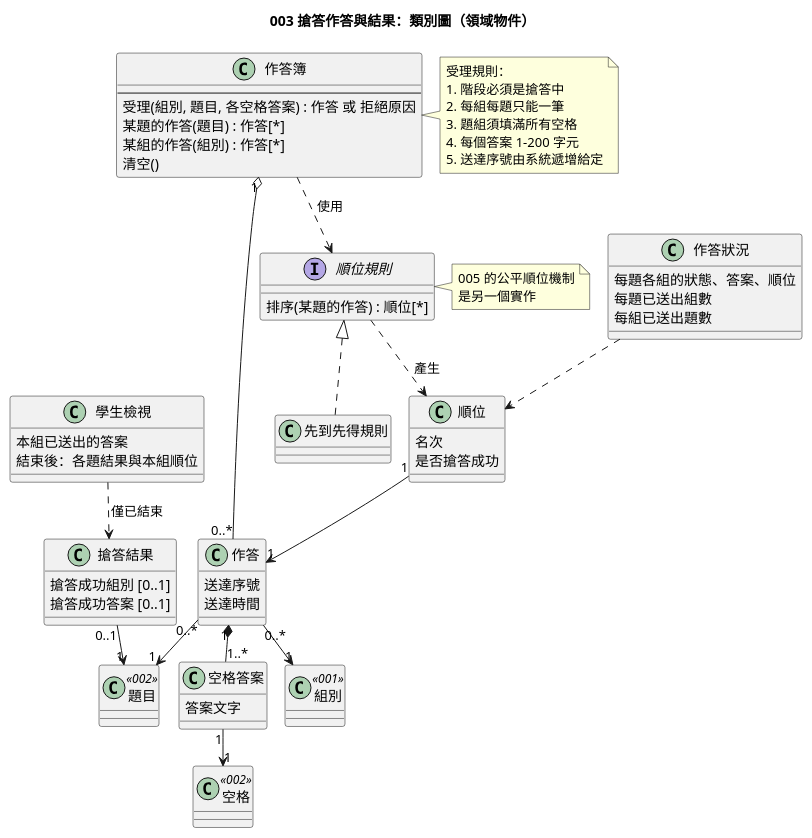
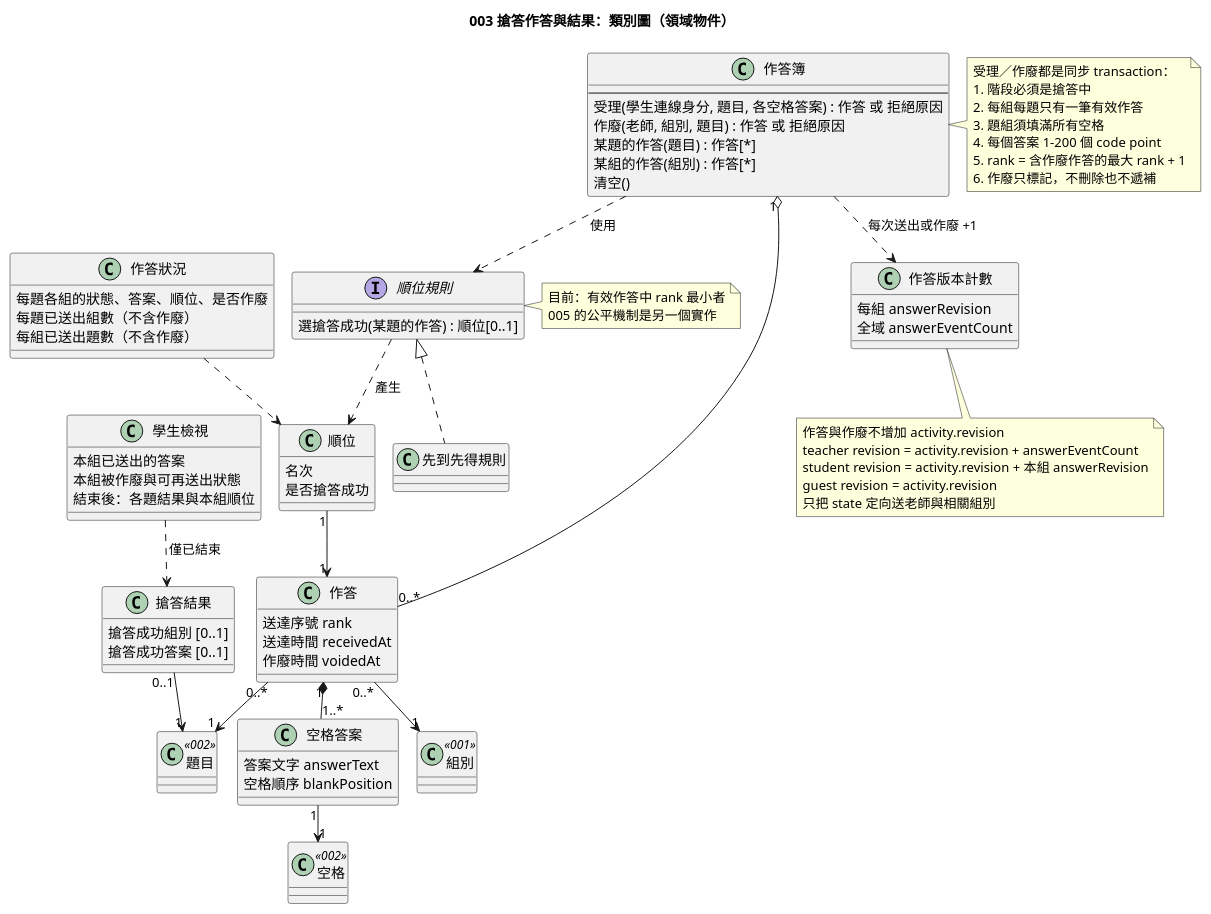
The diagram in diagrams/003-buzz-in-class.puml (Danielweng0902/Answering-System_speckit), drawn with PlantUML before and after one commit. The commit also changed 15 other files, not shown here.

Commit message:
003 buzz-in：spec 與設計文件（作廢釐清更新、plan、tasks、contracts、data-model、quickstart、圖表與 playbook 更新）

```diff
--- a/diagrams/003-buzz-in-class.puml
+++ b/diagrams/003-buzz-in-class.puml
@@ -1,79 +1,98 @@
 @startuml
 !pragma layout smetana
 title 003 搶答作答與結果：類別圖（領域物件）
 
 class 作答 {
-  送達序號
-  送達時間
+  送達序號 rank
+  送達時間 receivedAt
+  作廢時間 voidedAt
 }
 
 class 空格答案 {
-  答案文字
+  答案文字 answerText
+  空格順序 blankPosition
 }
 
 class 作答簿 {
   --
-  受理(組別, 題目, 各空格答案) : 作答 或 拒絕原因
+  受理(學生連線身分, 題目, 各空格答案) : 作答 或 拒絕原因
+  作廢(老師, 組別, 題目) : 作答 或 拒絕原因
   某題的作答(題目) : 作答[*]
   某組的作答(組別) : 作答[*]
   清空()
 }
 
 interface 順位規則 {
-  排序(某題的作答) : 順位[*]
+  選搶答成功(某題的作答) : 順位[0..1]
 }
 
 class 先到先得規則
 
 class 順位 {
   名次
   是否搶答成功
 }
 
 class 作答狀況 {
-  每題各組的狀態、答案、順位
-  每題已送出組數
-  每組已送出題數
+  每題各組的狀態、答案、順位、是否作廢
+  每題已送出組數（不含作廢）
+  每組已送出題數（不含作廢）
 }
 
 class 搶答結果 {
   搶答成功組別 [0..1]
   搶答成功答案 [0..1]
 }
 
 class 學生檢視 {
   本組已送出的答案
+  本組被作廢與可再送出狀態
   結束後：各題結果與本組順位
+}
+
+class 作答版本計數 {
+  每組 answerRevision
+  全域 answerEventCount
 }
 
 class 組別 <<001>>
 class 題目 <<002>>
 class 空格 <<002>>
 
 作答簿 "1" o-- "0..*" 作答
 作答 "1" *-- "1..*" 空格答案
 作答 "0..*" --> "1" 組別
 作答 "0..*" --> "1" 題目
 空格答案 "1" --> "1" 空格
 順位規則 <|.. 先到先得規則
 作答簿 ..> 順位規則 : 使用
 順位規則 ..> 順位 : 產生
 順位 "1" --> "1" 作答
 作答狀況 ..> 順位
 搶答結果 "0..1" --> "1" 題目
 學生檢視 ..> 搶答結果 : 僅已結束
+作答簿 ..> 作答版本計數 : 每次送出或作廢 +1
 
 note right of 作答簿
-  受理規則：
+  受理／作廢都是同步 transaction：
   1. 階段必須是搶答中
-  2. 每組每題只能一筆
+  2. 每組每題只有一筆有效作答
   3. 題組須填滿所有空格
-  4. 每個答案 1–200 字元
-  5. 送達序號由系統遞增給定
+  4. 每個答案 1–200 個 code point
+  5. rank = 含作廢作答的最大 rank + 1
+  6. 作廢只標記，不刪除也不遞補
 end note
 
 note right of 順位規則
-  005 的公平順位機制
-  是另一個實作
+  目前：有效作答中 rank 最小者
+  005 的公平機制是另一個實作
+end note
+
+note bottom of 作答版本計數
+  作答與作廢不增加 activity.revision
+  teacher revision = activity.revision + answerEventCount
+  student revision = activity.revision + 本組 answerRevision
+  guest revision = activity.revision
+  只把 state 定向送老師與相關組別
 end note
 @enduml
```
